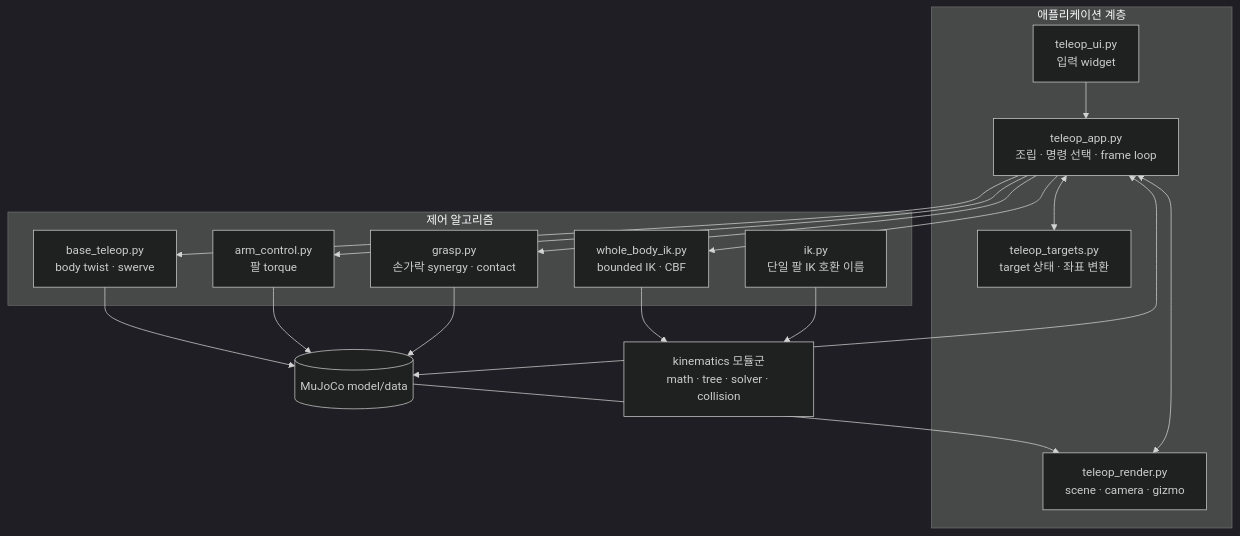
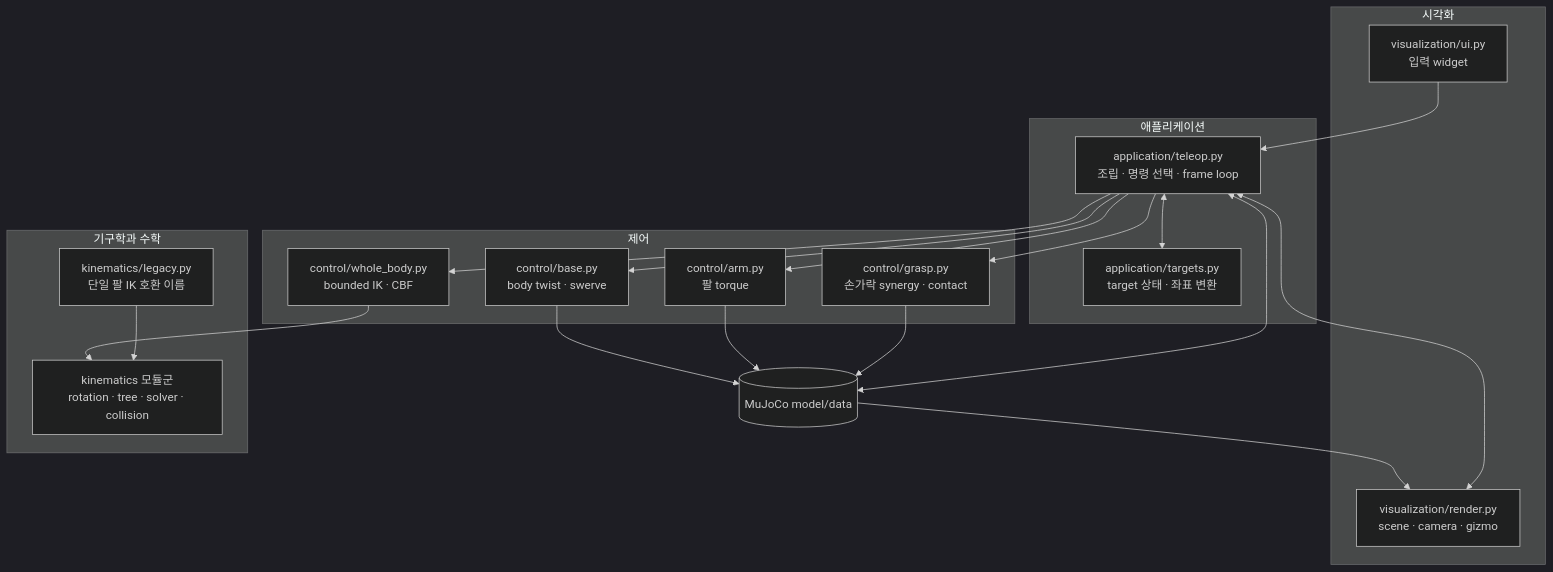
One commit to Geonhee-LEE/aiworker-mj-lab changed the second of 2 diagrams in docs/guide/index.md. Above: the diagram before and after it, drawn with Mermaid (dark theme). The commit also changed other lines of this file and 108 other files, not shown here.

````diff
--- a/docs/guide/index.md
+++ b/docs/guide/index.md
@@ -115,35 +147,41 @@
 ```mermaid
 flowchart TB
-    subgraph App["애플리케이션 계층"]
-        UI["teleop_ui.py<br>입력 widget"]
-        RENDER["teleop_render.py<br>scene · camera · gizmo"]
-        APP["teleop_app.py<br>조립 · 명령 선택 · frame loop"]
-        TARGETS["teleop_targets.py<br>target 상태 · 좌표 변환"]
+    subgraph App["애플리케이션"]
+        APP["application/teleop.py<br>조립 · 명령 선택 · frame loop"]
+        TARGETS["application/targets.py<br>target 상태 · 좌표 변환"]
     end
 
-    subgraph Control["제어 알고리즘"]
-        WBIK["whole_body_ik.py<br>bounded IK · CBF"]
-        BASE["base_teleop.py<br>body twist · swerve"]
-        ARM["arm_control.py<br>팔 torque"]
-        GRASP["grasp.py<br>손가락 synergy · contact"]
-        IK["ik.py<br>단일 팔 IK 호환 이름"]
+    subgraph Visual["시각화"]
+        UI["visualization/ui.py<br>입력 widget"]
+        RENDER["visualization/render.py<br>scene · camera · gizmo"]
     end
 
-    KIN["kinematics 모듈군<br>math · tree · solver · collision"]
+    subgraph Kinematics["기구학과 수학"]
+        KIN["kinematics 모듈군<br>rotation · tree · solver · collision"]
+        IK["kinematics/legacy.py<br>단일 팔 IK 호환 이름"]
+    end
+
+    subgraph Control["제어"]
+        WBIK["control/whole_body.py<br>bounded IK · CBF"]
+        BASE["control/base.py<br>body twist · swerve"]
+        ARM["control/arm.py<br>팔 torque"]
+        GRASP["control/grasp.py<br>손가락 synergy · contact"]
+    end
+
     PHYS[("MuJoCo model/data")]
 
     UI --> APP
     RENDER <--> APP
     APP <--> TARGETS
     APP --> WBIK
     APP --> BASE
     APP --> ARM
     APP --> GRASP
     WBIK --> KIN
     IK --> KIN
     BASE --> PHYS
     ARM --> PHYS
     GRASP --> PHYS
     APP <--> PHYS
     PHYS --> RENDER
 ```
````
